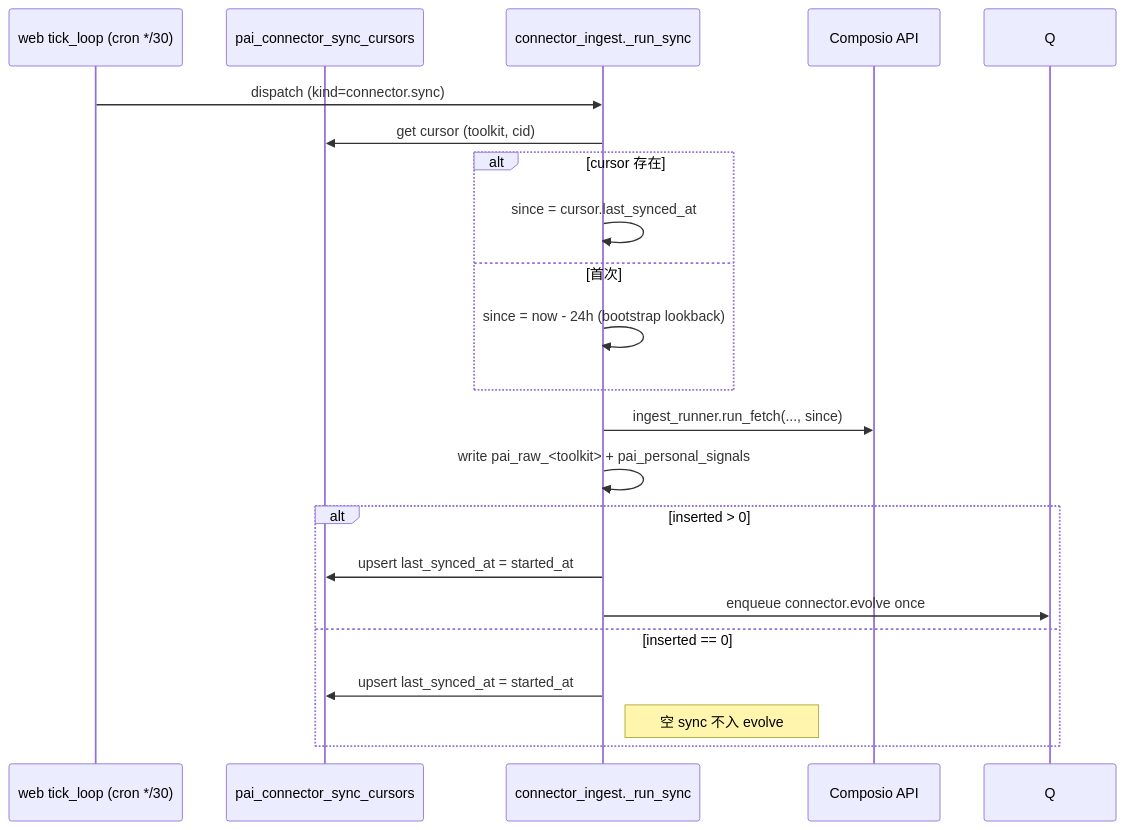
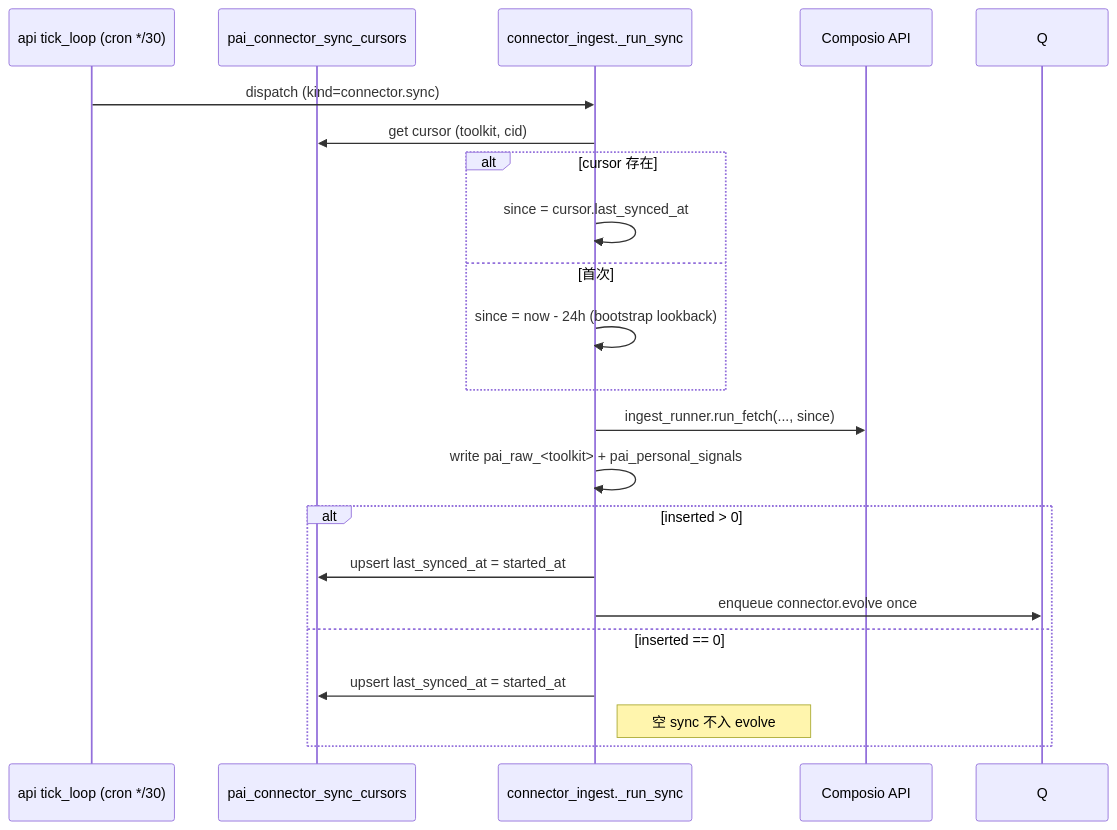
The third of 4 diagrams in docs/modules/data-connectors.mdx (Edge-AI-HQ/proactive-assistant), drawn with Mermaid before and after one commit. The commit also changed other lines of this file and 69 other files, not shown here.

````diff
--- a/docs/modules/data-connectors.mdx
+++ b/docs/modules/data-connectors.mdx
@@ -160,24 +160,24 @@
 ```mermaid
 sequenceDiagram
-  participant Sched as web tick_loop (cron */30)
+  participant Sched as api tick_loop (cron */30)
   participant Cur as pai_connector_sync_cursors
   participant H as connector_ingest._run_sync
   participant Composio as Composio API
 
   Sched->>H: dispatch (kind=connector.sync)
   H->>Cur: get cursor (toolkit, cid)
   alt cursor 存在
     H->>H: since = cursor.last_synced_at
   else 首次
     H->>H: since = now - 24h (bootstrap lookback)
   end
   H->>Composio: ingest_runner.run_fetch(..., since)
   H->>H: write pai_raw_<toolkit> + pai_personal_signals
   alt inserted > 0
     H->>Cur: upsert last_synced_at = started_at
     H->>Q: enqueue connector.evolve once
   else inserted == 0
     H->>Cur: upsert last_synced_at = started_at
     Note right of H: 空 sync 不入 evolve
   end
 ```
````
